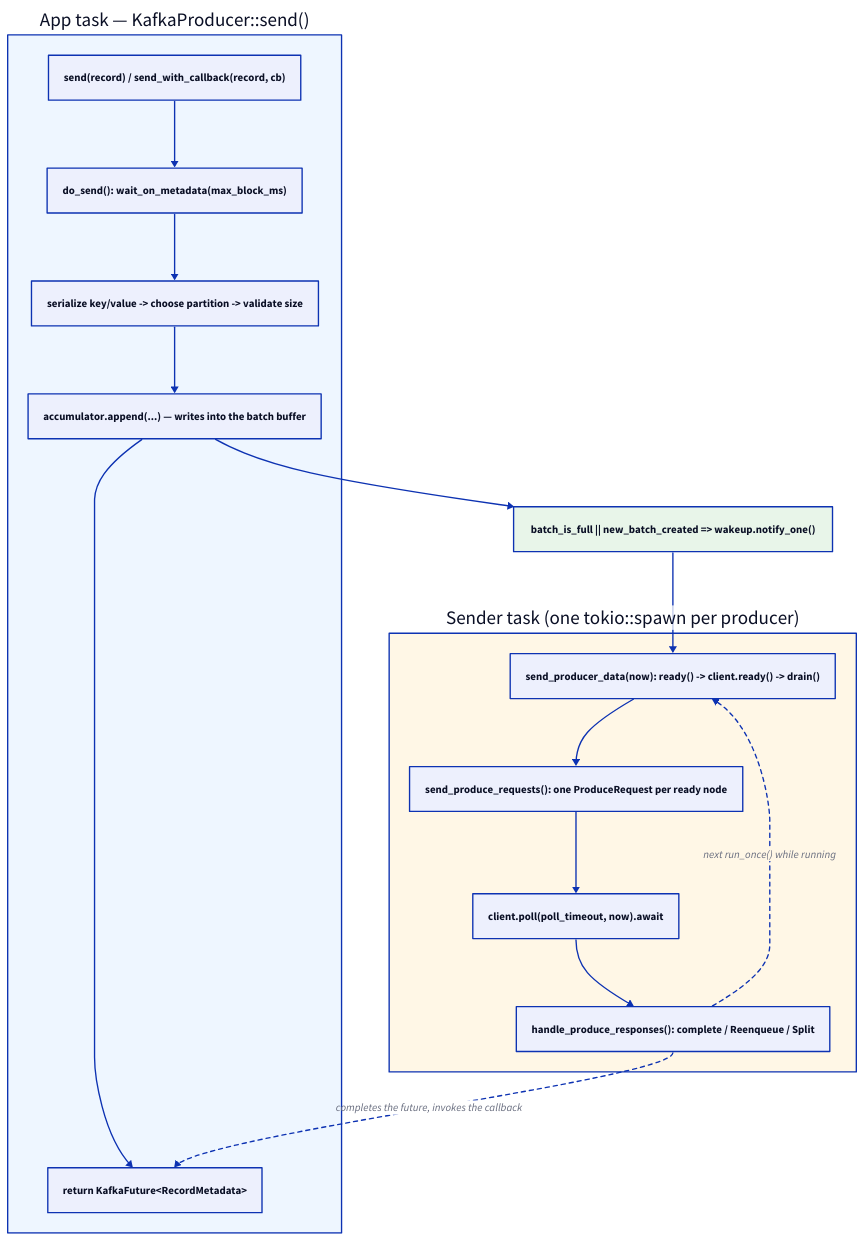
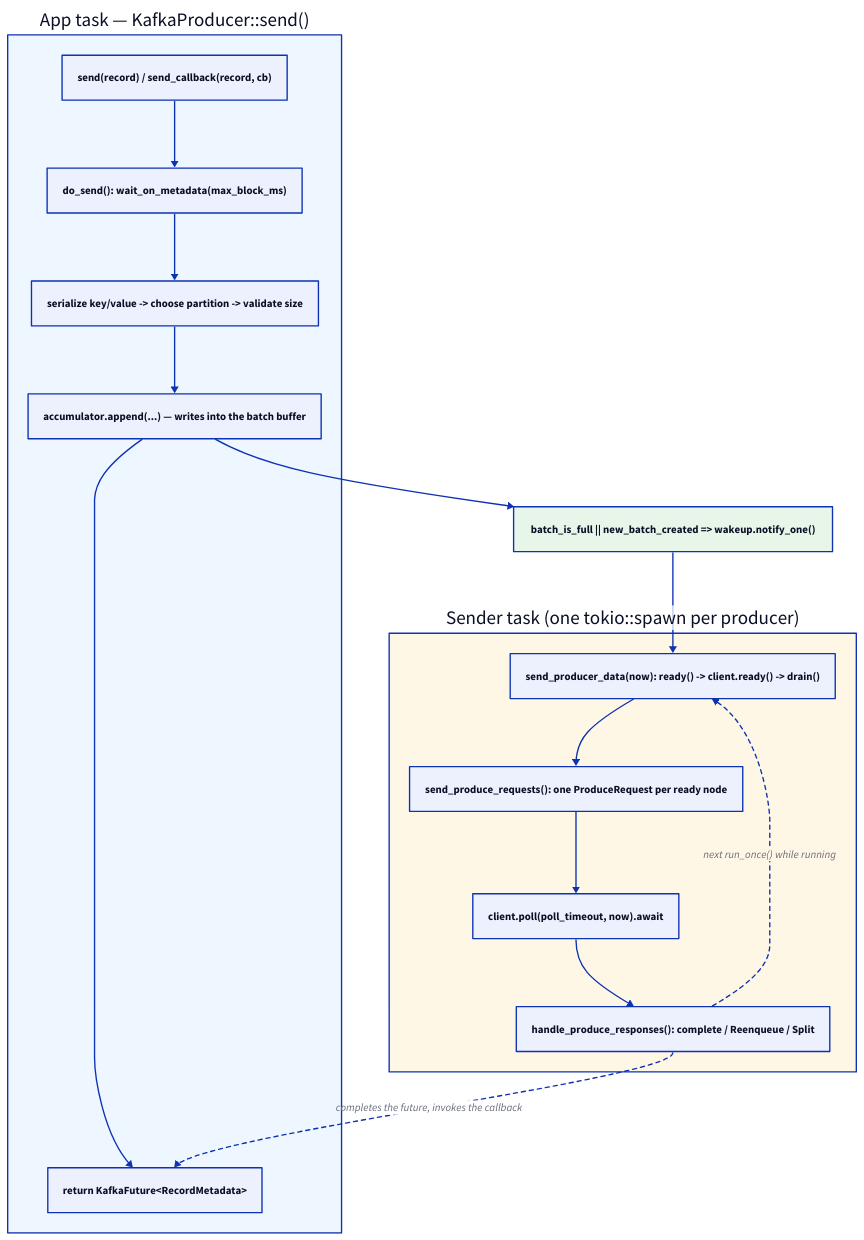
The diagram in design/current/img/producer-send-path.d2 (confluentinc/kafka-clients), drawn with D2 before and after one commit. The commit also changed 1 other file, not shown here.

```diff
--- a/design/current/img/producer-send-path.d2
+++ b/design/current/img/producer-send-path.d2
@@ -1,42 +1,42 @@
 # The producer send path, from `send()` to the wire.
 #
 # Source of truth for design/current/producer-send-path.svg.
 # Render with: make -C design/current d2
 #
 # The point of this diagram: the app task only appends into the
 # accumulator and returns a future; every network operation happens on the
 # Sender task, and serialized bytes are written once into the batch buffer.
 
 direction: down
 
 appside: "App task — KafkaProducer::send()" {
   style.fill: "#eef6ff"
 
-  send: "send(record) / send_with_callback(record, cb)"
+  send: "send(record) / send_callback(record, cb)"
   meta: "do_send(): wait_on_metadata(max_block_ms)"
   prep: "serialize key/value -> choose partition -> validate size"
   append: "accumulator.append(...) — writes into the batch buffer"
   fut: "return KafkaFuture<RecordMetadata>"
 
   send -> meta -> prep -> append -> fut
 }
 
 wake: "batch_is_full || new_batch_created  =>  wakeup.notify_one()" {
   style.fill: "#e8f5e9"
 }
 
 senderside: "Sender task (one tokio::spawn per producer)" {
   style.fill: "#fff7e6"
 
   spd: "send_producer_data(now): ready() -> client.ready() -> drain()"
   build: "send_produce_requests(): one ProduceRequest per ready node"
   poll: "client.poll(poll_timeout, now).await"
   handle: "handle_produce_responses(): complete / Reenqueue / Split"
 
   spd -> build -> poll -> handle
   handle -> spd: "next run_once() while running" {style.stroke-dash: 3}
 }
 
 appside.append -> wake
 wake -> senderside.spd
 senderside.handle -> appside.fut: "completes the future, invokes the callback" {style.stroke-dash: 3}
```
